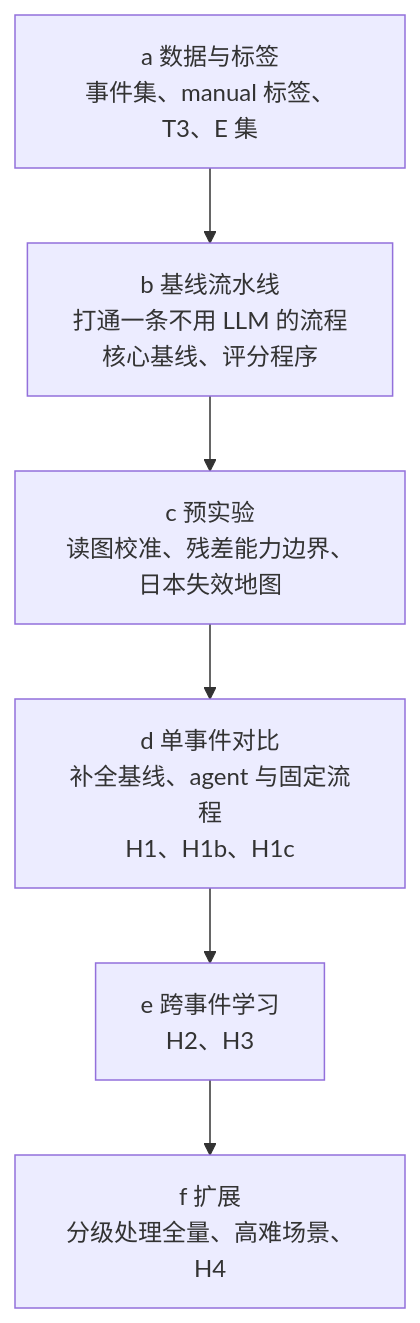
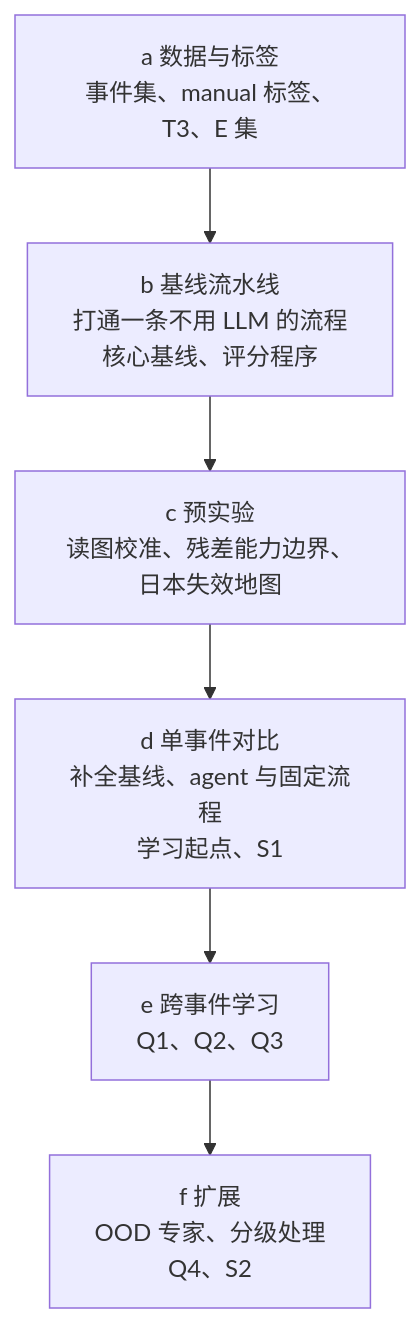
One commit to liufeng2317/SeismoAgent-bench changed the first of 10 diagrams in RSI_phasepicking/docs/design.md. Above: the diagram before and after it, drawn with Mermaid. The commit also changed other lines of this file and 3 other files, not shown here.

````diff
--- a/RSI_phasepicking/docs/design.md
+++ b/RSI_phasepicking/docs/design.md
@@ -71,8 +71,8 @@
 ```mermaid
 flowchart TD
     A["a 数据与标签<br/>事件集、manual 标签、T3、E 集"] --> B["b 基线流水线<br/>打通一条不用 LLM 的流程<br/>核心基线、评分程序"]
     B --> C["c 预实验<br/>读图校准、残差能力边界、日本失效地图"]
-    C --> D["d 单事件对比<br/>补全基线、agent 与固定流程<br/>H1、H1b、H1c"]
-    D --> E["e 跨事件学习<br/>H2、H3"]
-    E --> F["f 扩展<br/>分级处理全量、高难场景、H4"]
+    C --> D["d 单事件对比<br/>补全基线、agent 与固定流程<br/>学习起点、S1"]
+    D --> E["e 跨事件学习<br/>Q1、Q2、Q3"]
+    E --> F["f 扩展<br/>OOD 专家、分级处理<br/>Q4、S2"]
 ```
````
